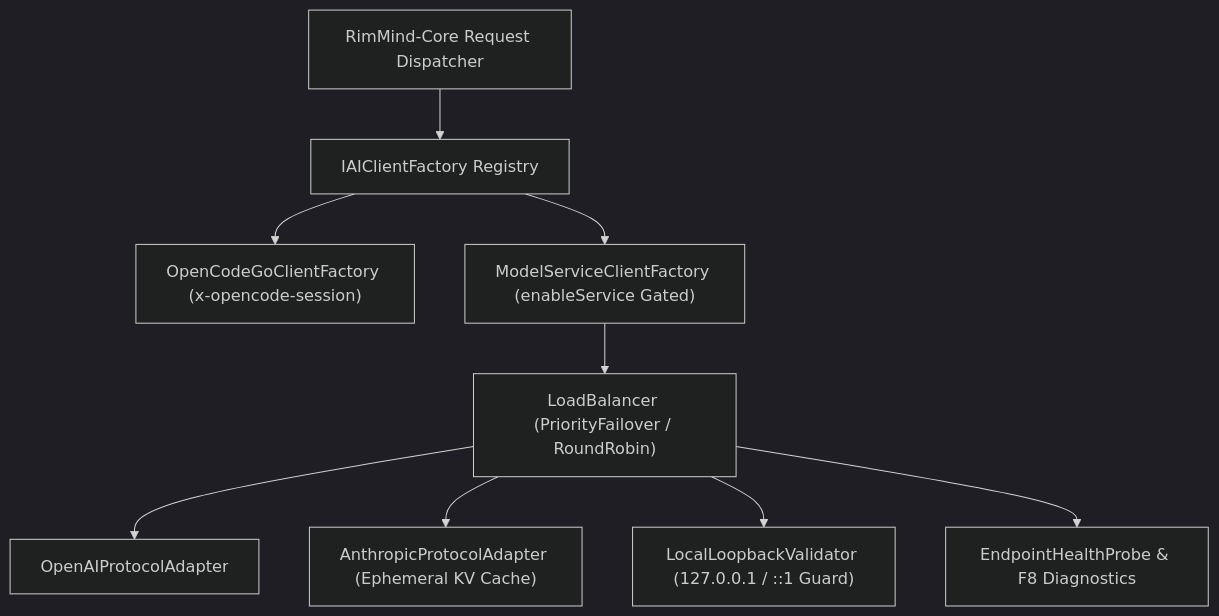
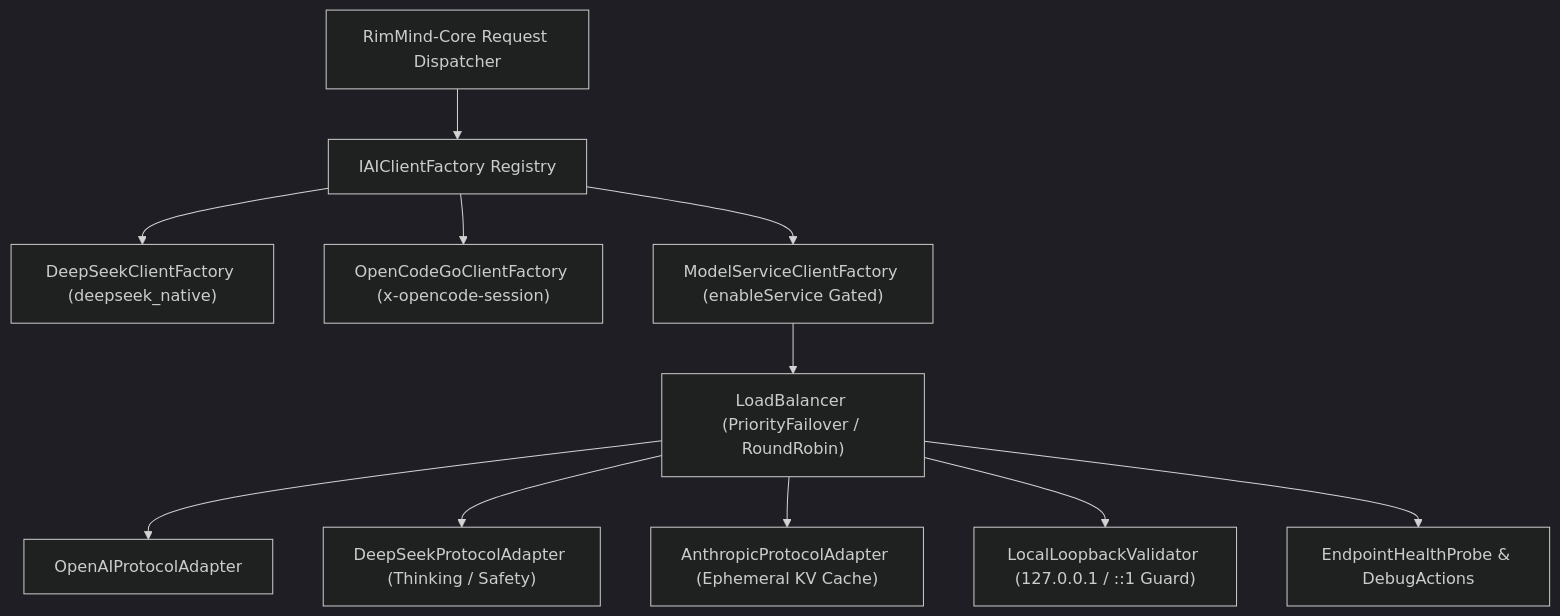
The diagram in README.md (RimWorld-RimMind-Mod/RimWorld-RimMind-Mod-Extension-ModelService), drawn with Mermaid (dark theme) before and after one commit. The commit also changed other lines of this file and 39 other files, not shown here.

Commit message:
refactor(model-service): unify IModelProtocol, harden thread safety/security, and align version to 2.0.0

````diff
--- a/README.md
+++ b/README.md
@@ -44,11 +44,13 @@
 ```mermaid
 flowchart TD
     Core["RimMind-Core Request Dispatcher"] --> Factory["IAIClientFactory Registry"]
+    Factory --> DeepSeekFactory["DeepSeekClientFactory (deepseek_native)"]
     Factory --> OpenCode["OpenCodeGoClientFactory (x-opencode-session)"]
     Factory --> Extended["ModelServiceClientFactory (enableService Gated)"]
     Extended --> Balancer["LoadBalancer (PriorityFailover / RoundRobin)"]
     Balancer --> OpenAI["OpenAIProtocolAdapter"]
+    Balancer --> DeepSeek["DeepSeekProtocolAdapter (Thinking / Safety)"]
     Balancer --> Anthropic["AnthropicProtocolAdapter (Ephemeral KV Cache)"]
     Balancer --> Loopback["LocalLoopbackValidator (127.0.0.1 / ::1 Guard)"]
-    Balancer --> Health["EndpointHealthProbe & F8 Diagnostics"]
+    Balancer --> Health["EndpointHealthProbe & DebugActions"]
 ```
````
